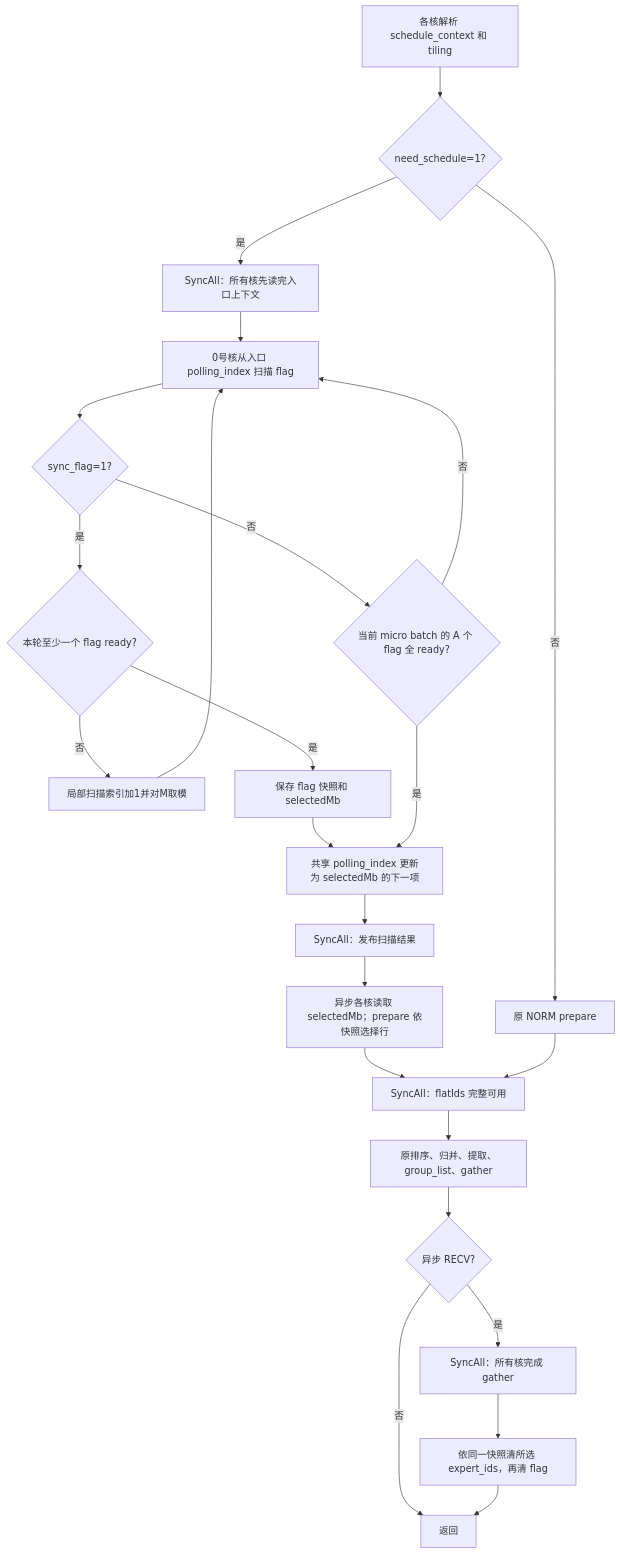
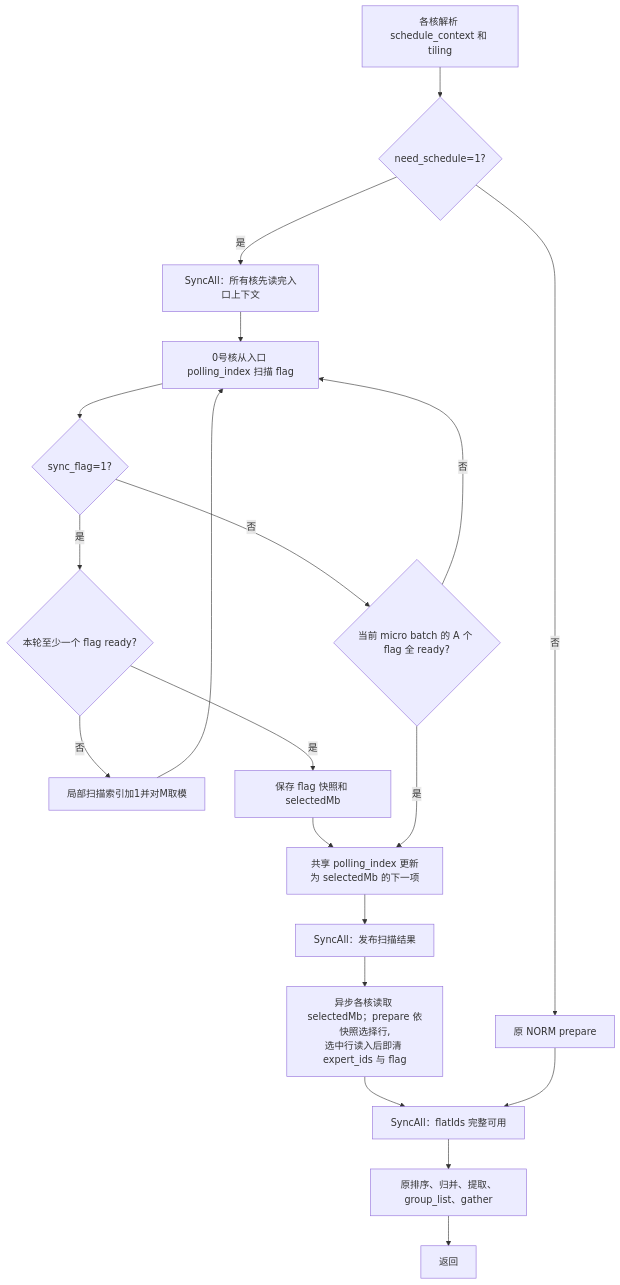
One commit to ChunnX/ops-transformer changed the diagram in ffn/ffn_worker_batching/docs/arch35_sync_flag_design.md. Above: the diagram before and after it, drawn with Mermaid. The commit also changed other lines of this file and 23 other files, not shown here.

````diff
--- a/ffn/ffn_worker_batching/docs/arch35_sync_flag_design.md
+++ b/ffn/ffn_worker_batching/docs/arch35_sync_flag_design.md
@@ -92,26 +92,22 @@
 ```mermaid
 flowchart TD
     A[各核解析 schedule_context 和 tiling] --> B{need_schedule=1?}
     B -- 否 --> N[原 NORM prepare]
     B -- 是 --> C[SyncAll：所有核先读完入口上下文]
     C --> D[0号核从入口 polling_index 扫描 flag]
     D --> E{sync_flag=1?}
     E -- 否 --> F{当前 micro batch 的 A 个 flag 全 ready?}
     F -- 否 --> D
     E -- 是 --> G{本轮至少一个 flag ready?}
     G -- 否 --> H[局部扫描索引加1并对M取模]
     H --> D
     G -- 是 --> I[保存 flag 快照和 selectedMb]
     I --> J[共享 polling_index 更新为 selectedMb 的下一项]
     F -- 是 --> J
     J --> K[SyncAll：发布扫描结果]
-    K --> L[异步各核读取 selectedMb；prepare 依快照选择行]
+    K --> L[异步各核读取 selectedMb；prepare 依快照选择行,<br/>选中行读入后即清 expert_ids 与 flag]
     L --> P[SyncAll：flatIds 完整可用]
     N --> P
     P --> Q[原排序、归并、提取、group_list、gather]
-    Q --> R{异步 RECV?}
-    R -- 否 --> T[返回]
-    R -- 是 --> S[SyncAll：所有核完成 gather]
-    S --> U[依同一快照清所选 expert_ids，再清 flag]
-    U --> T
+    Q --> T[返回]
 ```
````
